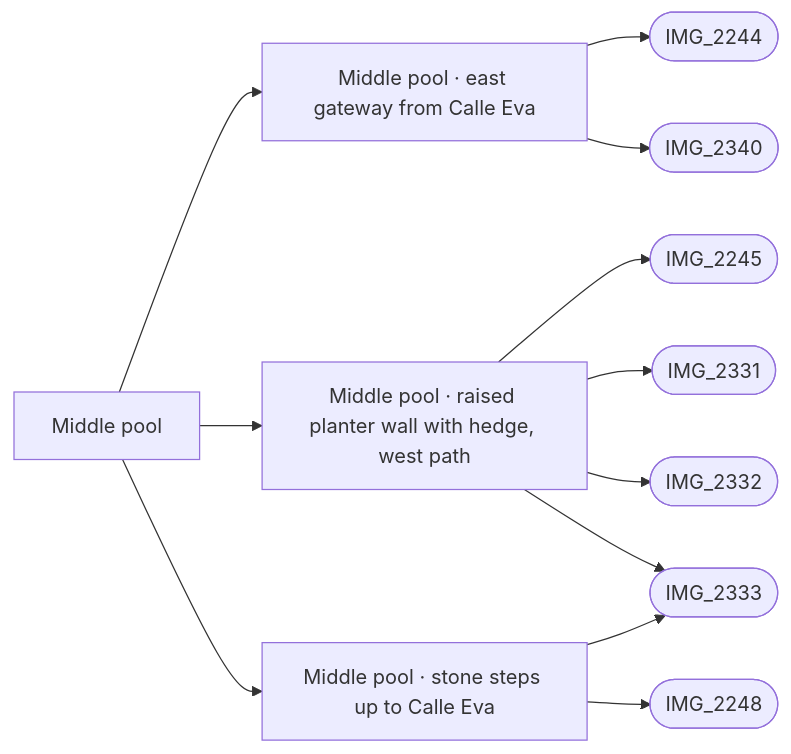
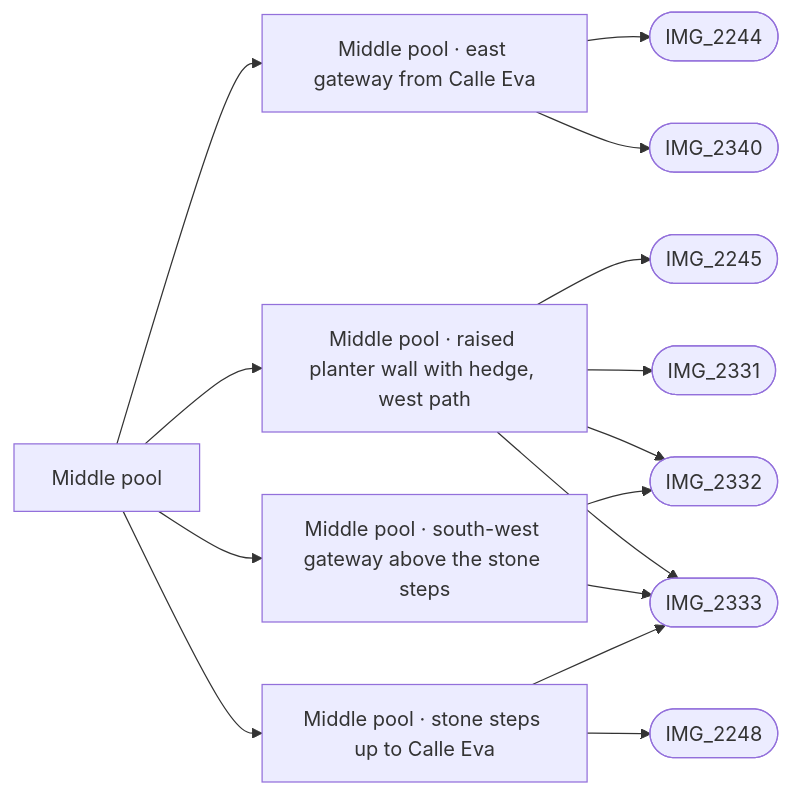
One commit to daveyboyc/villacana-venture changed the diagram in refs/areas/middle-pool.md. Above: the diagram before and after it, drawn with Mermaid. The commit also changed other lines of this file and 27 other files, not shown here.

First line of the commit message:
Middle pool: the open south-west gateway above the stone steps (#31)

````diff
--- a/refs/areas/middle-pool.md
+++ b/refs/areas/middle-pool.md
@@ -53,15 +54,18 @@
 ```mermaid
 graph LR
   A["Middle pool"]
   A --> F0["Middle pool · east gateway from Calle Eva"]
   F0 --> PIMG_2244_jpg(["IMG_2244"])
   F0 --> PIMG_2340_jpg(["IMG_2340"])
   A --> F1["Middle pool · raised planter wall with hedge, west path"]
   F1 --> PIMG_2245_jpg(["IMG_2245"])
   F1 --> PIMG_2331_jpg(["IMG_2331"])
   F1 --> PIMG_2332_jpg(["IMG_2332"])
   F1 --> PIMG_2333_jpg(["IMG_2333"])
-  A --> F2["Middle pool · stone steps up to Calle Eva"]
-  F2 --> PIMG_2248_jpg(["IMG_2248"])
+  A --> F2["Middle pool · south-west gateway above the stone steps"]
+  F2 --> PIMG_2332_jpg(["IMG_2332"])
   F2 --> PIMG_2333_jpg(["IMG_2333"])
+  A --> F3["Middle pool · stone steps up to Calle Eva"]
+  F3 --> PIMG_2248_jpg(["IMG_2248"])
+  F3 --> PIMG_2333_jpg(["IMG_2333"])
 ```
````
